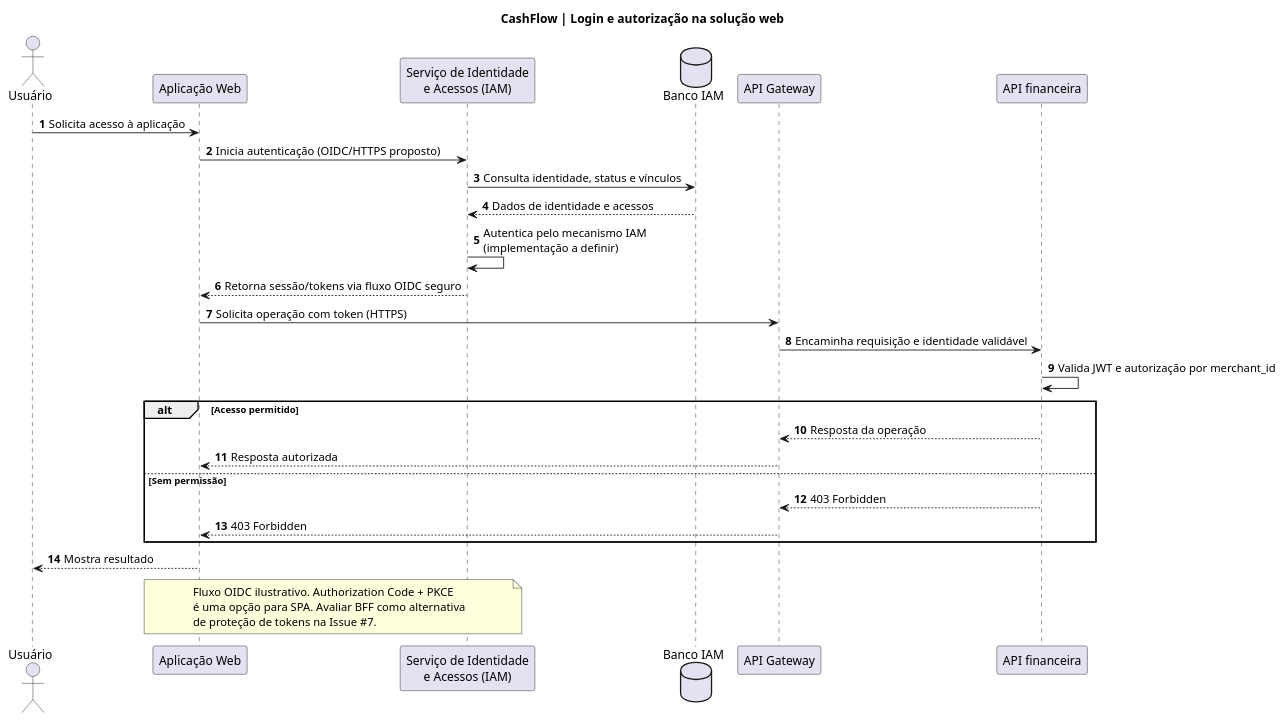
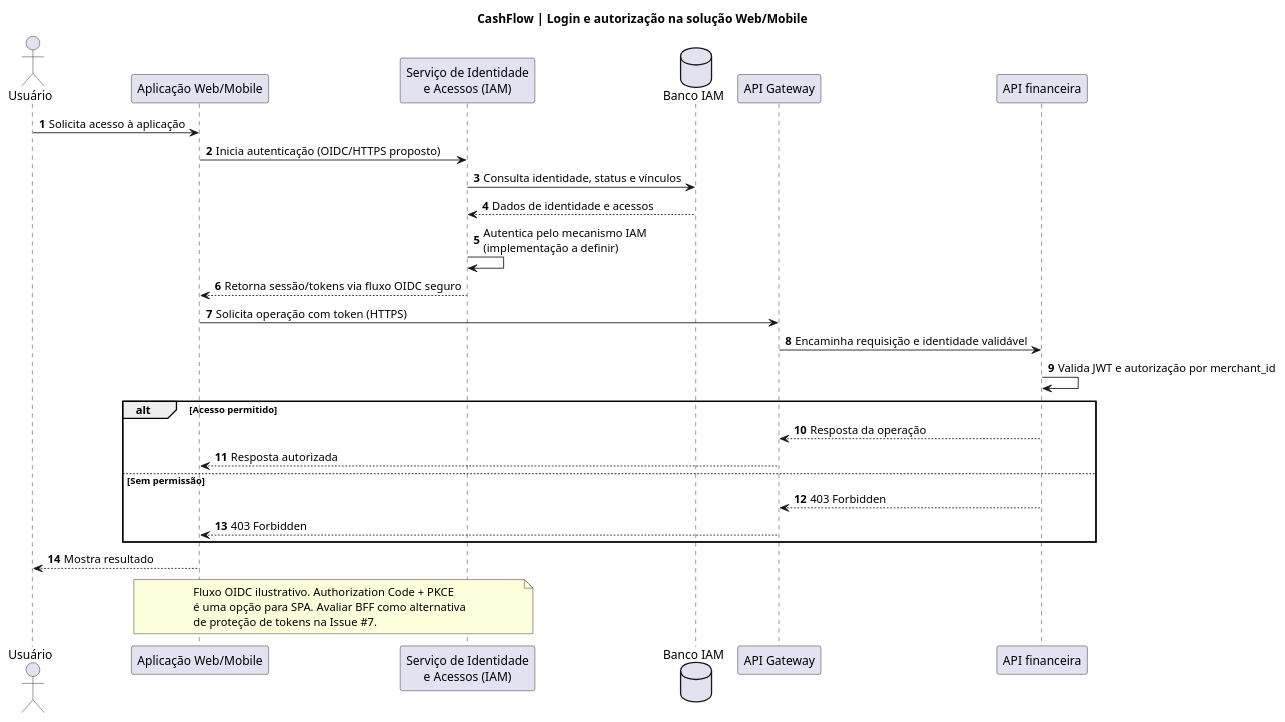
Before and after one commit to wolwerr/CashFlow-Architecture: the diagram in docs/architecture/plantuml/sequence-auth.puml, drawn with PlantUML.

Commit message:
docs: label client channel as Web/Mobile in C4 and sequences (#6)

```diff
--- a/docs/architecture/plantuml/sequence-auth.puml
+++ b/docs/architecture/plantuml/sequence-auth.puml
@@ -1,32 +1,32 @@
 @startuml CashFlow_Authentication
-title CashFlow | Login e autorização na solução web
+title CashFlow | Login e autorização na solução Web/Mobile
 autonumber
 actor "Usuário" as U
-participant "Aplicação Web" as W
+participant "Aplicação Web/Mobile" as W
 participant "Serviço de Identidade\ne Acessos (IAM)" as IAM
 database "Banco IAM" as DB
 participant "API Gateway" as G
 participant "API financeira" as API
 U -> W: Solicita acesso à aplicação
 W -> IAM: Inicia autenticação (OIDC/HTTPS proposto)
 IAM -> DB: Consulta identidade, status e vínculos
 DB --> IAM: Dados de identidade e acessos
 IAM -> IAM: Autentica pelo mecanismo IAM\n(implementação a definir)
 IAM --> W: Retorna sessão/tokens via fluxo OIDC seguro
 W -> G: Solicita operação com token (HTTPS)
 G -> API: Encaminha requisição e identidade validável
 API -> API: Valida JWT e autorização por merchant_id
 alt Acesso permitido
   API --> G: Resposta da operação
   G --> W: Resposta autorizada
 else Sem permissão
   API --> G: 403 Forbidden
   G --> W: 403 Forbidden
 end
 W --> U: Mostra resultado
 note over W,IAM
 Fluxo OIDC ilustrativo. Authorization Code + PKCE
 é uma opção para SPA. Avaliar BFF como alternativa
 de proteção de tokens na Issue #7.
 end note
 @enduml
```
